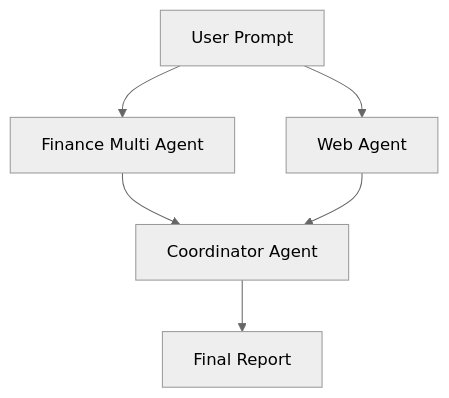
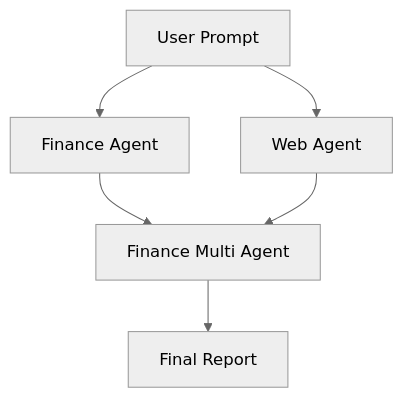
Before and after one commit to MauricioSaurith/LLM_finance_agent: the diagram in README.md, drawn with Mermaid (neutral theme).

````diff
--- a/README.md
+++ b/README.md
@@ -28,8 +28,8 @@
 ```mermaid
 graph TD;
-    A[User Prompt] --> B[Finance Multi Agent];
+    A[User Prompt] --> B[Finance Agent];
     A --> C[Web Agent];
-    B --> D[Coordinator Agent];
-    C --> D[Coordinator Agent];
+    B --> D[Finance Multi Agent];
+    C --> D[Finance Multi Agent];
     D --> E[Final Report];
 ```
````
